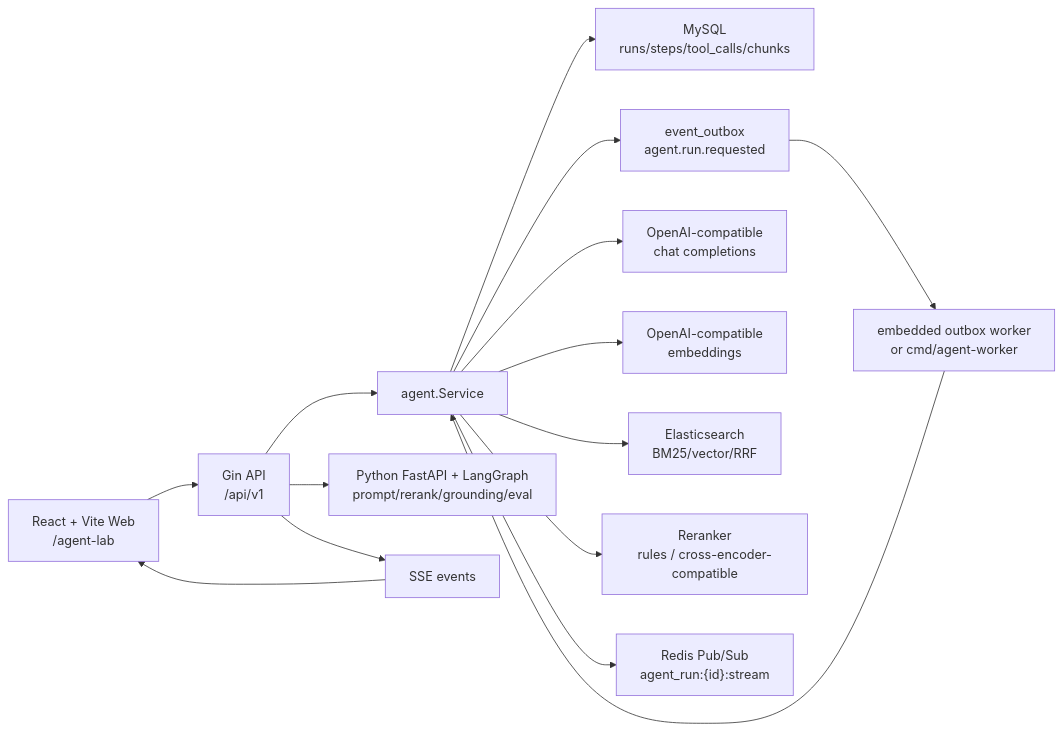
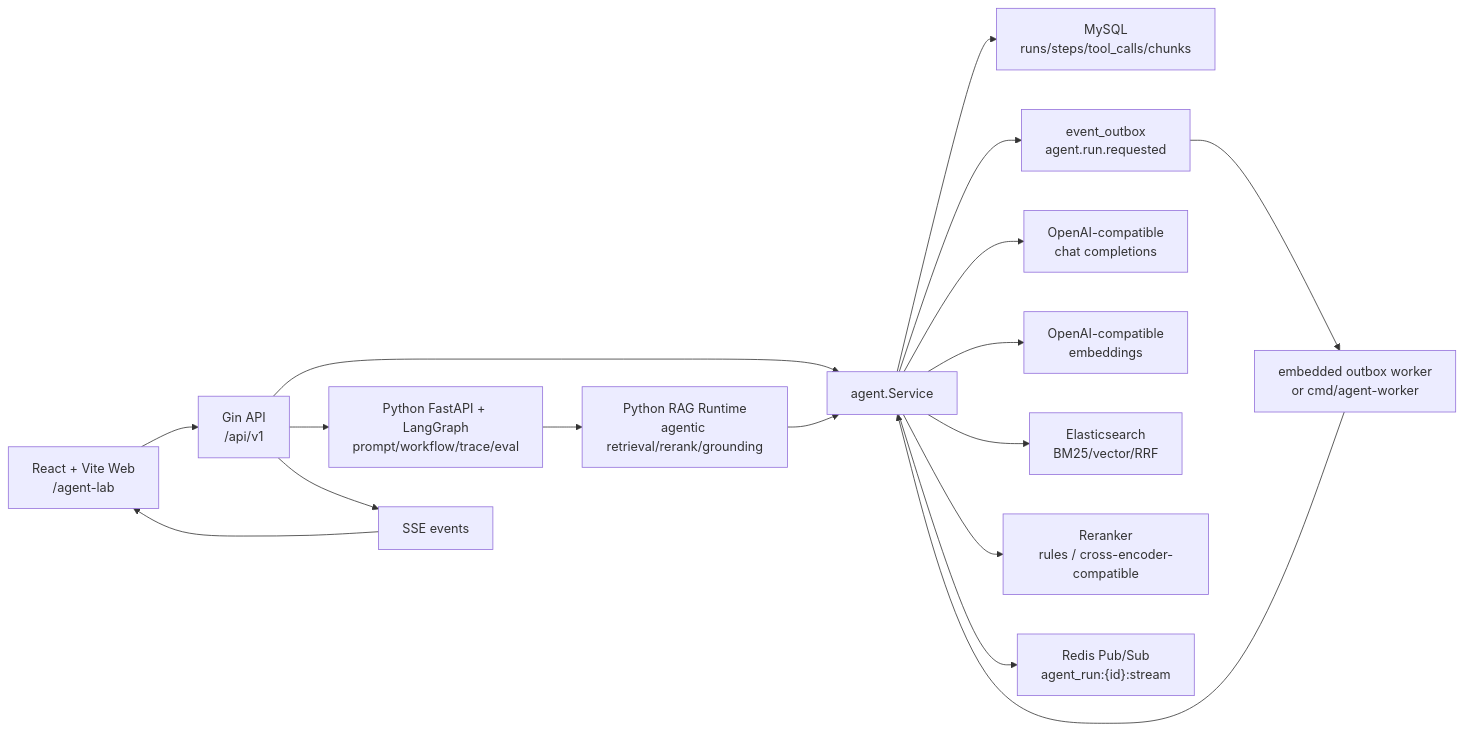
Before and after one commit to XianingY/AllCallAll: the diagram in docs/interview/agent-rag-current-state.md, drawn with Mermaid. The commit also changed other lines of this file and 14 other files, not shown here.

Commit message:
docs: document python-first agent microservices

````diff
--- a/docs/interview/agent-rag-current-state.md
+++ b/docs/interview/agent-rag-current-state.md
@@ -42,17 +42,19 @@
 ```mermaid
 flowchart LR
   Web["React + Vite Web\n/agent-lab"] --> API["Gin API\n/api/v1"]
   API --> AgentSvc["agent.Service"]
   AgentSvc --> MySQL["MySQL\nruns/steps/tool_calls/chunks"]
   AgentSvc --> Outbox["event_outbox\nagent.run.requested"]
   Outbox --> Worker["embedded outbox worker\nor cmd/agent-worker"]
   Worker --> AgentSvc
   AgentSvc --> LLM["OpenAI-compatible\nchat completions"]
   AgentSvc --> Embed["OpenAI-compatible\nembeddings"]
   AgentSvc --> ES["Elasticsearch\nBM25/vector/RRF"]
   AgentSvc --> Rerank["Reranker\nrules / cross-encoder-compatible"]
-  API --> PyRuntime["Python FastAPI + LangGraph\nprompt/rerank/grounding/eval"]
+  API --> PyRuntime["Python FastAPI + LangGraph\nprompt/workflow/trace/eval"]
+  PyRuntime --> PyRAG["Python RAG Runtime\nagentic retrieval/rerank/grounding"]
+  PyRAG --> AgentSvc
   AgentSvc --> Redis["Redis Pub/Sub\nagent_run:{id}:stream"]
   API --> SSE["SSE events"]
   SSE --> Web
 ```
````
